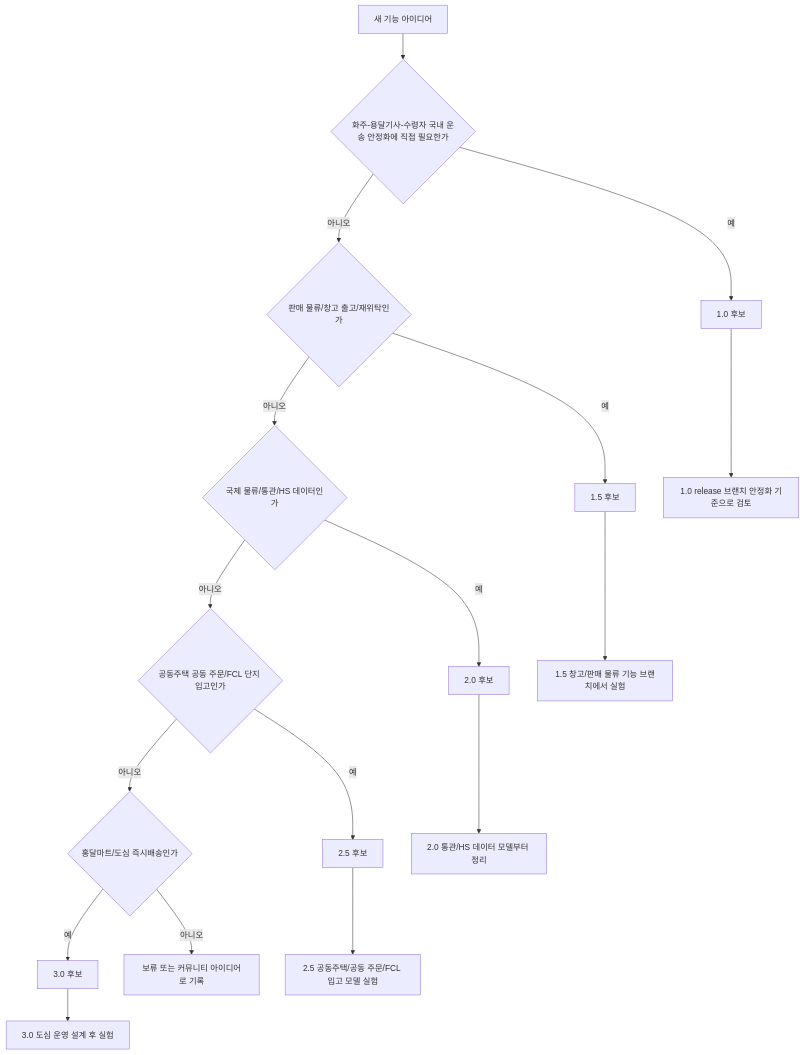
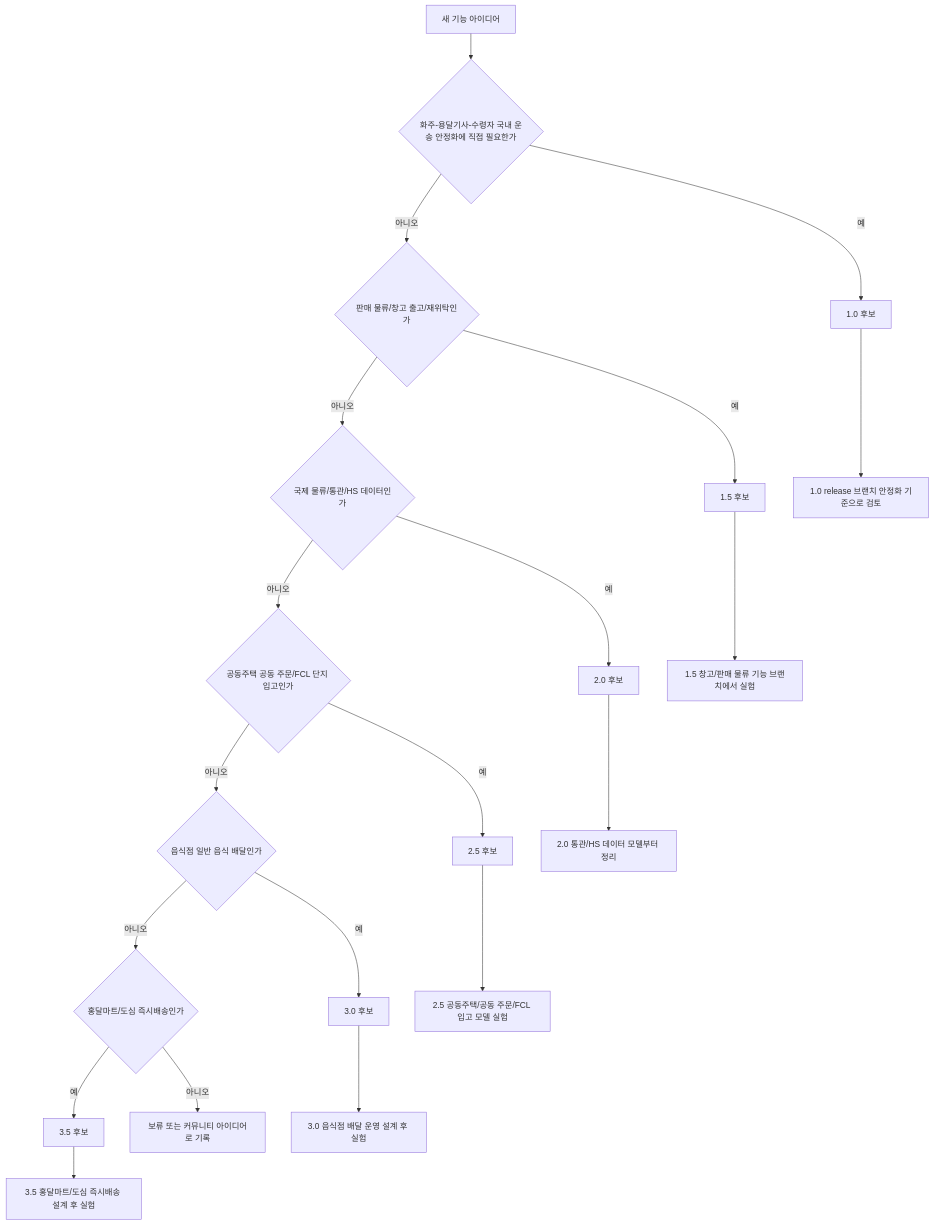
Before and after one commit to cheolwo/hongdal: the second of 14 diagrams in Hongdal/README.md, drawn with Mermaid. The commit also changed other lines of this file and 51 other files, not shown here.

````diff
--- a/Hongdal/README.md
+++ b/Hongdal/README.md
@@ -95,19 +100,22 @@
 ```mermaid
 flowchart TD
     A["새 기능 아이디어"] --> B{"화주-용달기사-수령자 국내 운송 안정화에 직접 필요한가"}
     B -->|예| C["1.0 후보"]
     B -->|아니오| F{"판매 물류/창고 출고/재위탁인가"}
     F -->|예| G["1.5 후보"]
     F -->|아니오| D{"국제 물류/통관/HS 데이터인가"}
     D -->|예| E["2.0 후보"]
     D -->|아니오| O{"공동주택 공동 주문/FCL 단지 입고인가"}
     O -->|예| P["2.5 후보"]
-    O -->|아니오| H{"홍달마트/도심 즉시배송인가"}
+    O -->|아니오| H{"음식점 일반 음식 배달인가"}
     H -->|예| L["3.0 후보"]
-    H -->|아니오| M["보류 또는 커뮤니티 아이디어로 기록"]
+    H -->|아니오| R{"홍달마트/도심 즉시배송인가"}
+    R -->|예| S["3.5 후보"]
+    R -->|아니오| M["보류 또는 커뮤니티 아이디어로 기록"]
     C --> I["1.0 release 브랜치 안정화 기준으로 검토"]
     E --> J["2.0 통관/HS 데이터 모델부터 정리"]
     G --> K["1.5 창고/판매 물류 기능 브랜치에서 실험"]
     P --> Q["2.5 공동주택/공동 주문/FCL 입고 모델 실험"]
-    L --> N["3.0 도심 운영 설계 후 실험"]
+    L --> N["3.0 음식점 배달 운영 설계 후 실험"]
+    S --> T["3.5 홍달마트/도심 즉시배송 설계 후 실험"]
 ```
````
